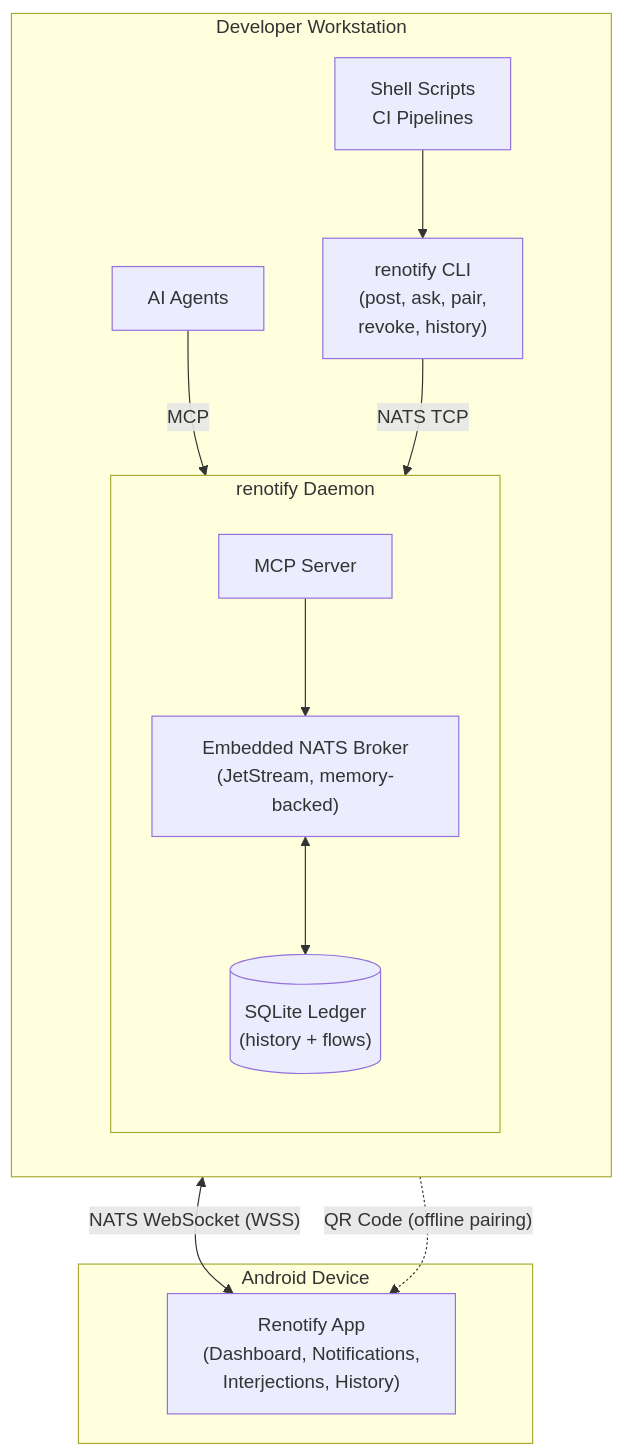
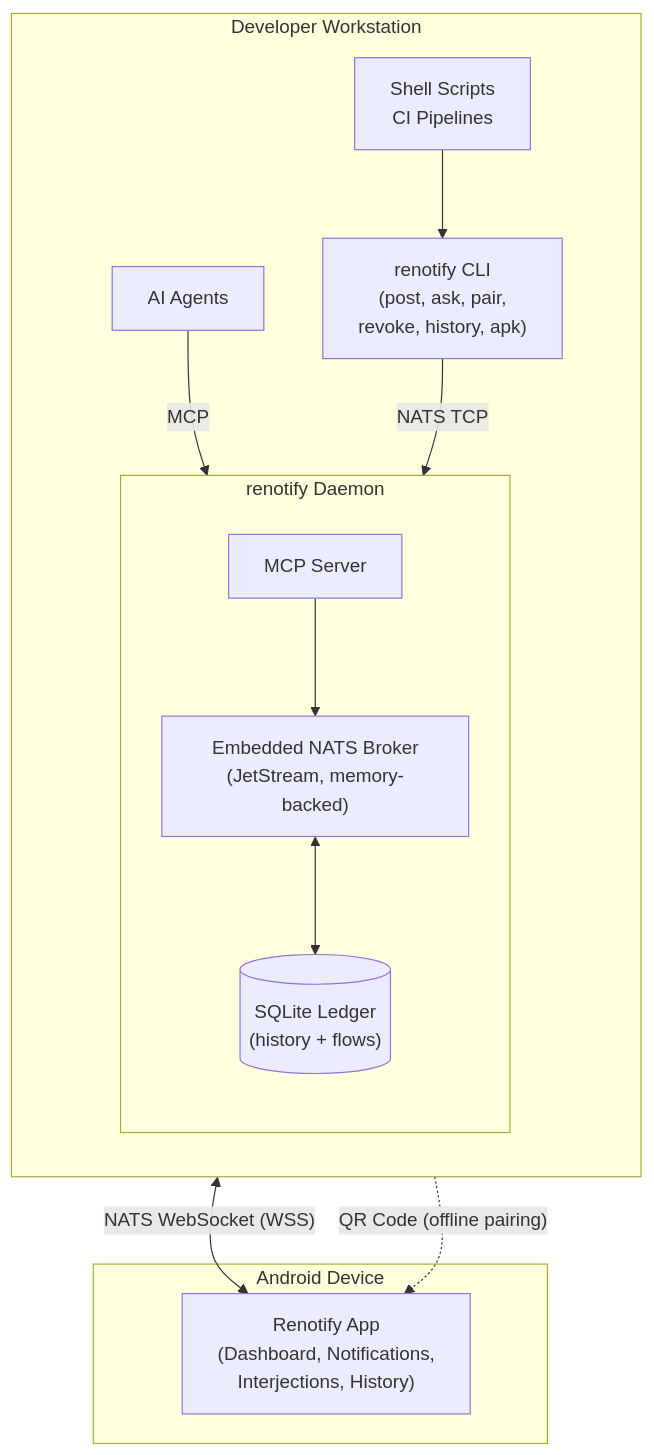
One commit to resystems-io/renotify changed the diagram in docs/renotify-refinements.md. Above: the diagram before and after it, drawn with Mermaid. The commit also changed other lines of this file and 4 other files, not shown here.

First line of the commit message:
cli: replace extract-apk with apk command group (extract, serve)

````diff
--- a/docs/renotify-refinements.md
+++ b/docs/renotify-refinements.md
@@ -166,31 +166,31 @@
 ```mermaid
 flowchart TB
     subgraph host["Developer Workstation"]
         direction TB
 
         scripts["Shell Scripts<br/>CI Pipelines"]
         agents["AI Agents"]
-        cli["renotify CLI<br/>(post, ask, pair,<br/>revoke, history)"]
+        cli["renotify CLI<br/>(post, ask, pair,<br/>revoke, history, apk)"]
 
         subgraph daemon["renotify Daemon"]
             direction TB
             mcp["MCP Server"]
             nats["Embedded NATS Broker<br/>(JetStream, memory-backed)"]
             sqlite[("SQLite Ledger<br/>(history + flows)")]
 
             mcp --> nats
             nats <--> sqlite
         end
 
         scripts --> cli
         agents -- "MCP" --> mcp
         cli -- "NATS TCP" --> nats
     end
 
     subgraph mobile["Android Device"]
         app["Renotify App<br/>(Dashboard, Notifications,<br/>Interjections, History)"]
     end
 
     nats <-- "NATS WebSocket (WSS)" --> app
     cli -. "QR Code (offline pairing)" .-> app
 ```
````
